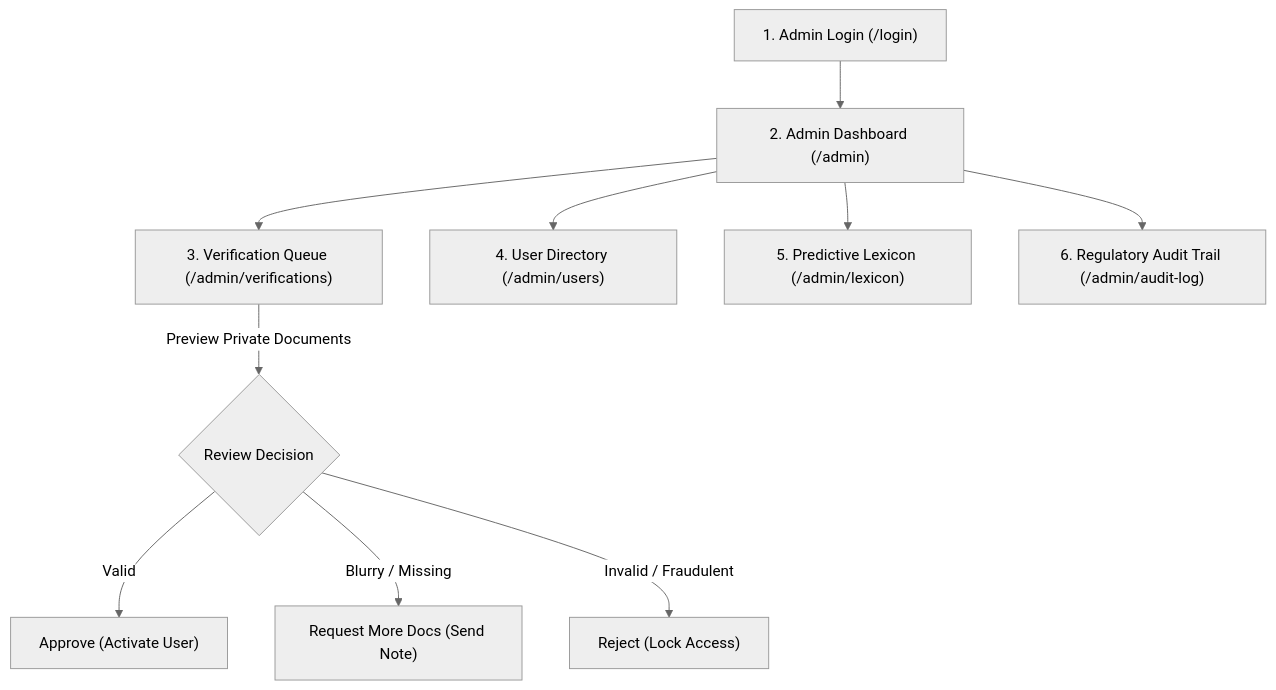
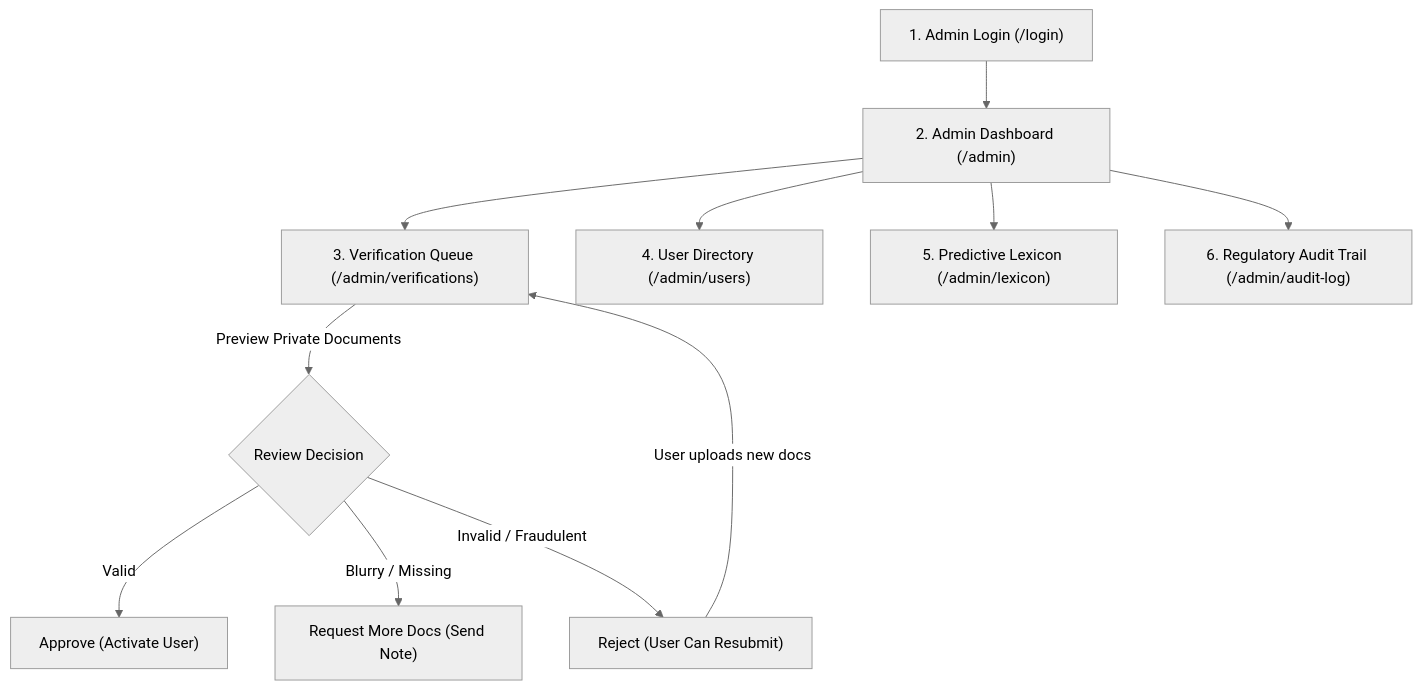
The third of 4 diagrams in pwd-e-app/docs/SYSTEM_WORKFLOWS.md (Nishieeee/pwd-e), drawn with Mermaid (neutral theme) before and after one commit. The commit also changed other lines of this file, not shown here.

````diff
--- a/pwd-e-app/docs/SYSTEM_WORKFLOWS.md
+++ b/pwd-e-app/docs/SYSTEM_WORKFLOWS.md
@@ -127,12 +201,13 @@
 ```mermaid
 flowchart TD
     A["1. Admin Login (/login)"] --> B["2. Admin Dashboard (/admin)"]
     B --> C["3. Verification Queue (/admin/verifications)"]
     C -->|"Preview Private Documents"| D{"Review Decision"}
     D -->|"Valid"| E["Approve (Activate User)"]
     D -->|"Blurry / Missing"| F["Request More Docs (Send Note)"]
-    D -->|"Invalid / Fraudulent"| G["Reject (Lock Access)"]
+    D -->|"Invalid / Fraudulent"| G["Reject (User Can Resubmit)"]
+    G -->|"User uploads new docs"| C
     B --> H["4. User Directory (/admin/users)"]
     B --> I["5. Predictive Lexicon (/admin/lexicon)"]
     B --> J["6. Regulatory Audit Trail (/admin/audit-log)"]
 ```
````
